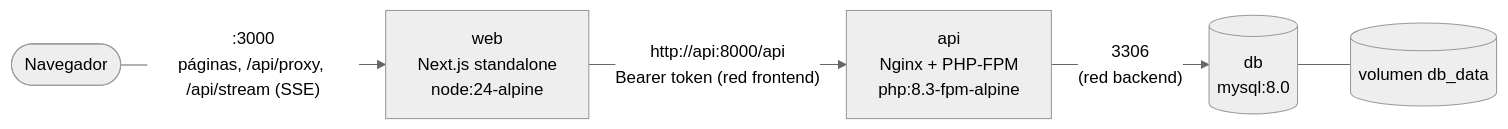
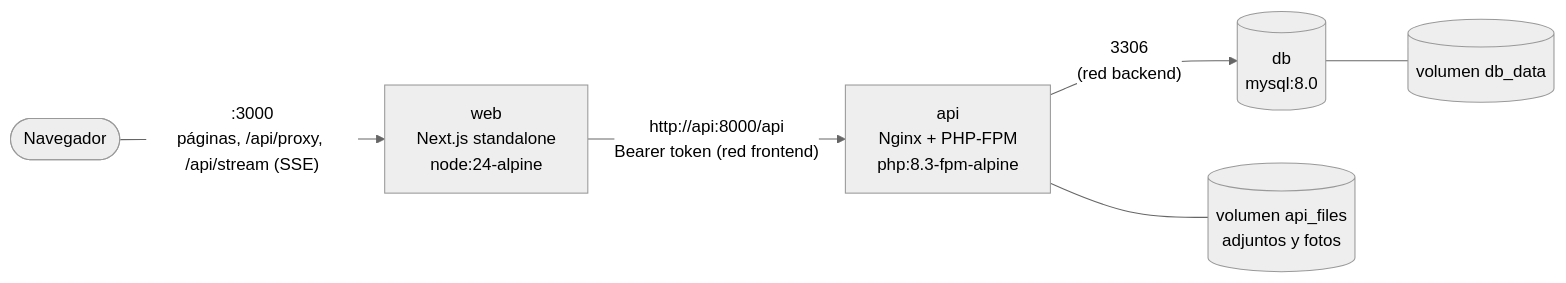
Before and after one commit to alejandrocamposd17-beep/chat-ecosystem-docker: the first of 2 diagrams in README.md, drawn with Mermaid (neutral theme). The commit also changed other lines of this file and 1 other file, not shown here.

Commit message:
docs: README con las nuevas funciones y volumen para archivos

````diff
--- a/README.md
+++ b/README.md
@@ -36,7 +43,8 @@
 ```mermaid
 flowchart LR
     user([Navegador]) -- ":3000<br/>páginas, /api/proxy, /api/stream (SSE)" --> web["web<br/>Next.js standalone<br/>node:24-alpine"]
     web -- "http://api:8000/api<br/>Bearer token (red frontend)" --> api["api<br/>Nginx + PHP-FPM<br/>php:8.3-fpm-alpine"]
     api -- "3306<br/>(red backend)" --> db[("db<br/>mysql:8.0")]
     db --- vol[("volumen db_data")]
+    api --- files[("volumen api_files<br/>adjuntos y fotos")]
 ```
````
